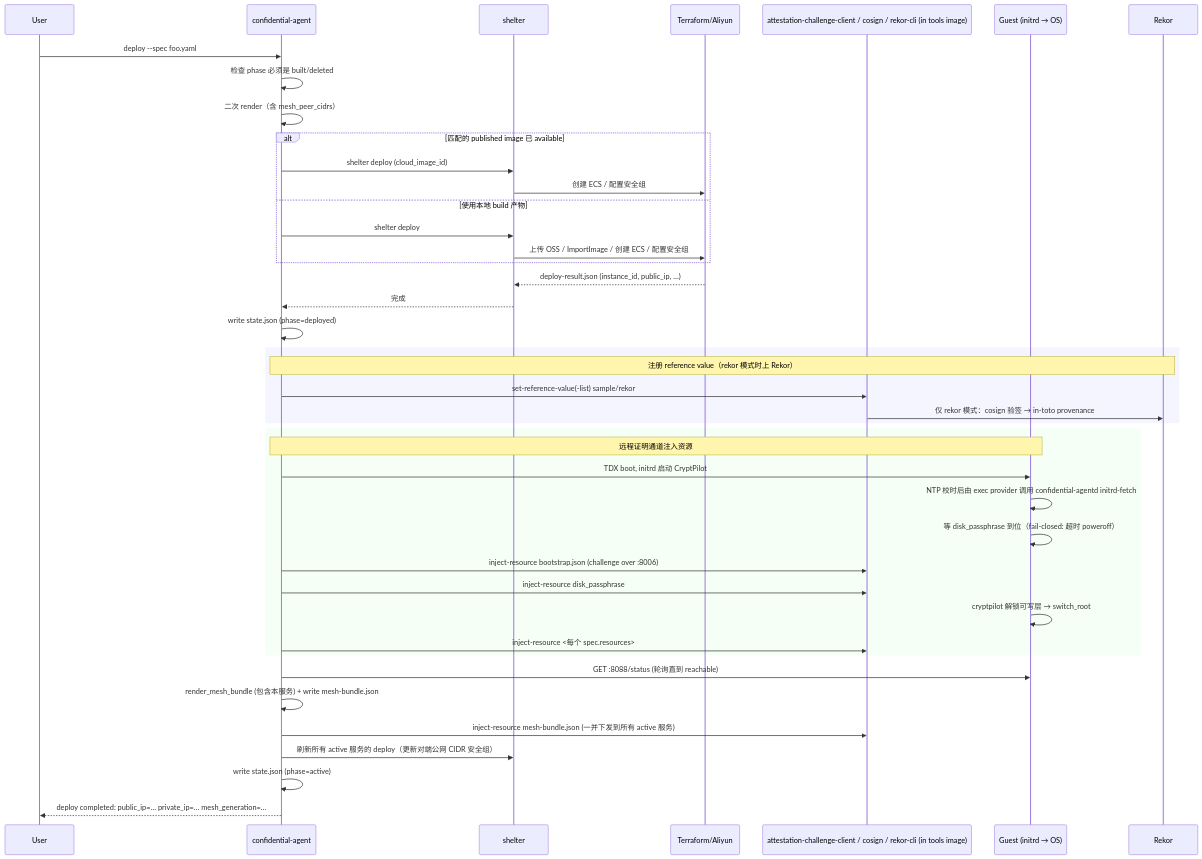
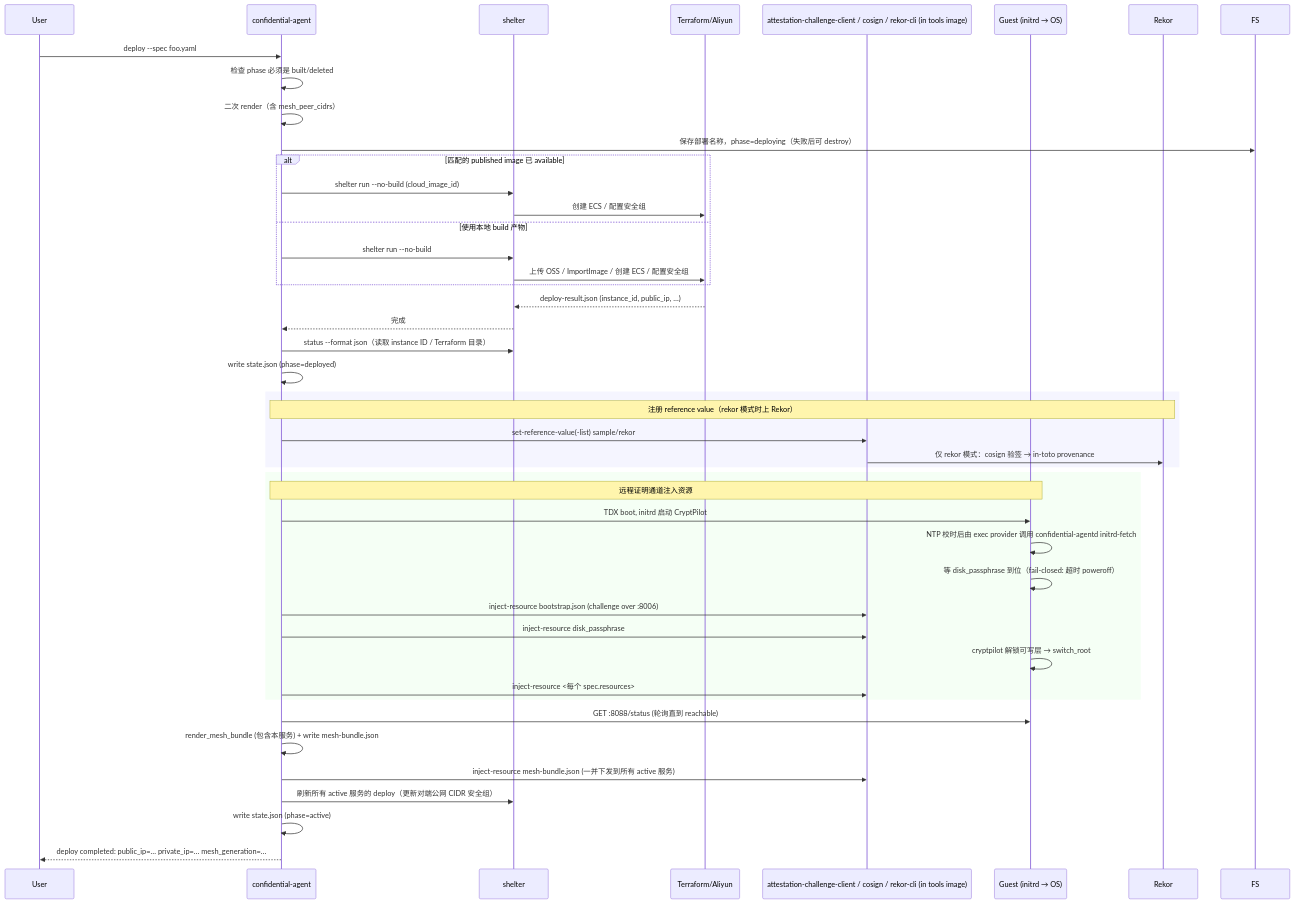
The fourth of 7 diagrams in docs/architecture.md (wdsun1008/confidential-agent), drawn with Mermaid before and after one commit. The commit also changed other lines of this file and 7 other files, not shown here.

````diff
--- a/docs/architecture.md
+++ b/docs/architecture.md
@@ -96,48 +96,50 @@
 ```mermaid
 sequenceDiagram
     participant U as User
     participant CLI as confidential-agent
     participant SHB as shelter
     participant TF as Terraform/Aliyun
     participant ACC as attestation-challenge-client / cosign / rekor-cli (in tools image)
     participant G as Guest (initrd → OS)
     participant Rekor as Rekor
 
     U->>CLI: deploy --spec foo.yaml
     CLI->>CLI: 检查 phase 必须是 built/deleted
     CLI->>CLI: 二次 render（含 mesh_peer_cidrs）
+    CLI->>FS: 保存部署名称，phase=deploying（失败后可 destroy）
     alt 匹配的 published image 已 available
-        CLI->>SHB: shelter deploy (cloud_image_id)
+        CLI->>SHB: shelter run --no-build (cloud_image_id)
         SHB->>TF: 创建 ECS / 配置安全组
     else 使用本地 build 产物
-        CLI->>SHB: shelter deploy
+        CLI->>SHB: shelter run --no-build
         SHB->>TF: 上传 OSS / ImportImage / 创建 ECS / 配置安全组
     end
     TF-->>SHB: deploy-result.json (instance_id, public_ip, …)
     SHB-->>CLI: 完成
+    CLI->>SHB: status --format json（读取 instance ID / Terraform 目录）
     CLI->>CLI: write state.json (phase=deployed)
 
     rect rgb(245,245,255)
     note over CLI,Rekor: 注册 reference value（rekor 模式时上 Rekor）
     CLI->>ACC: set-reference-value(-list) sample/rekor
     ACC->>Rekor: 仅 rekor 模式：cosign 验签 → in-toto provenance
     end
 
     rect rgb(245,255,245)
     note over CLI,G: 远程证明通道注入资源
     CLI->>G: TDX boot, initrd 启动 CryptPilot
     G->>G: NTP 校时后由 exec provider 调用 confidential-agentd initrd-fetch
     G->>G: 等 disk_passphrase 到位（fail-closed: 超时 poweroff）
     CLI->>ACC: inject-resource bootstrap.json (challenge over :8006)
     CLI->>ACC: inject-resource disk_passphrase
     G->>G: cryptpilot 解锁可写层 → switch_root
     CLI->>ACC: inject-resource <每个 spec.resources>
     end
 
     CLI->>G: GET :8088/status (轮询直到 reachable)
     CLI->>CLI: render_mesh_bundle (包含本服务) + write mesh-bundle.json
     CLI->>ACC: inject-resource mesh-bundle.json (一并下发到所有 active 服务)
     CLI->>SHB: 刷新所有 active 服务的 deploy（更新对端公网 CIDR 安全组）
     CLI->>CLI: write state.json (phase=active)
     CLI-->>U: deploy completed: public_ip=… private_ip=… mesh_generation=…
 ```
````
